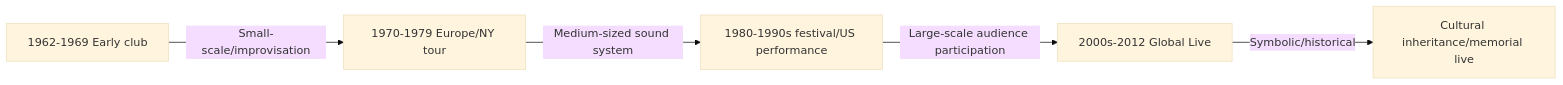
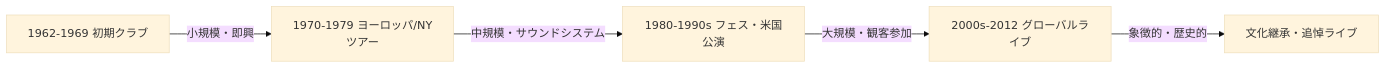
One commit to monumental-movement/monumental-movement.github.io changed the diagram in en/_posts/2025-11-14-column-toots-and-the-maytals-live-history.md. Above: the diagram before and after it, drawn with Mermaid (base theme). The commit also changed 211 other files, not shown here.

```diff
--- a/en/_posts/2025-11-14-column-toots-and-the-maytals-live-history.md
+++ b/en/_posts/2025-11-14-column-toots-and-the-maytals-live-history.md
@@ -201,9 +201,9 @@
 <div class="mermaid">
 
 graph LR
-A[1962-1969 Early club] -->|Small-scale/improvisation| B[1970-1979 Europe/NY tour]
-B -->|Medium-sized sound system| C[1980-1990s festival/US performance]
-C -->|Large-scale audience participation| D[2000s-2012 Global Live]
-D -->|Symbolic/historical| E[Cultural inheritance/memorial live]
+A[1962-1969 初期クラブ] -->|小規模・即興| B[1970-1979 ヨーロッパ/NYツアー]
+B -->|中規模・サウンドシステム| C[1980-1990s フェス・米国公演]
+C -->|大規模・観客参加| D[2000s-2012 グローバルライブ]
+D -->|象徴的・歴史的| E[文化継承・追悼ライブ]
 
 </div>
```
